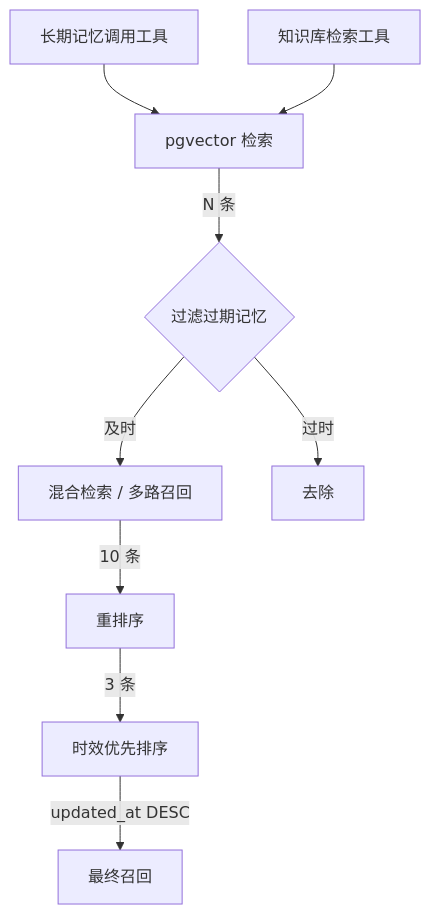
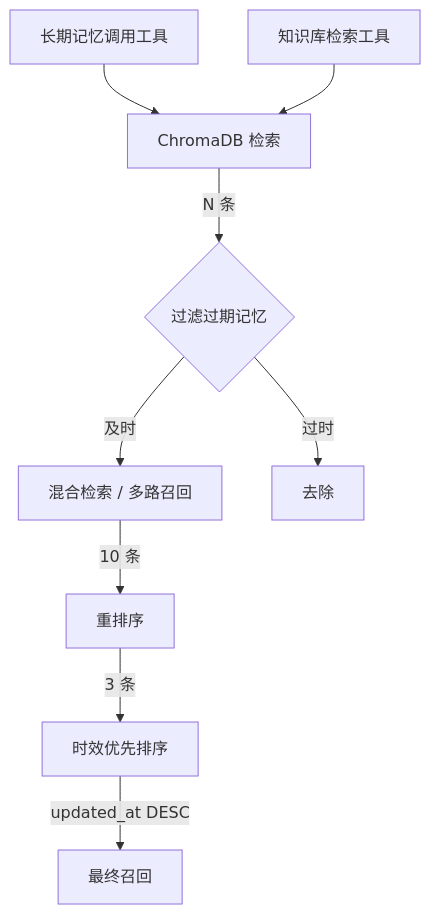
One commit to xiao-Huahuo/Agent-Core-Service changed the fourth of 14 diagrams in README.md. Above: the diagram before and after it, drawn with Mermaid. The commit also changed other lines of this file and 3 other files, not shown here.

````diff
--- a/README.md
+++ b/README.md
@@ -141,11 +271,11 @@
 ```mermaid
 flowchart TD
-    A[长期记忆调用工具] --> B[pgvector 检索]
+    A[长期记忆调用工具] --> B[ChromaDB 检索]
     C[知识库检索工具] --> B
     B -->|N 条| H{过滤过期记忆}
     H -->|及时| D[混合检索 / 多路召回]
     D -->|10 条| E[重排序]
     E -->|3 条| F[时效优先排序]
     F -->|updated_at DESC| I[最终召回]
     H -->|过时| G[去除]
 ```
````
